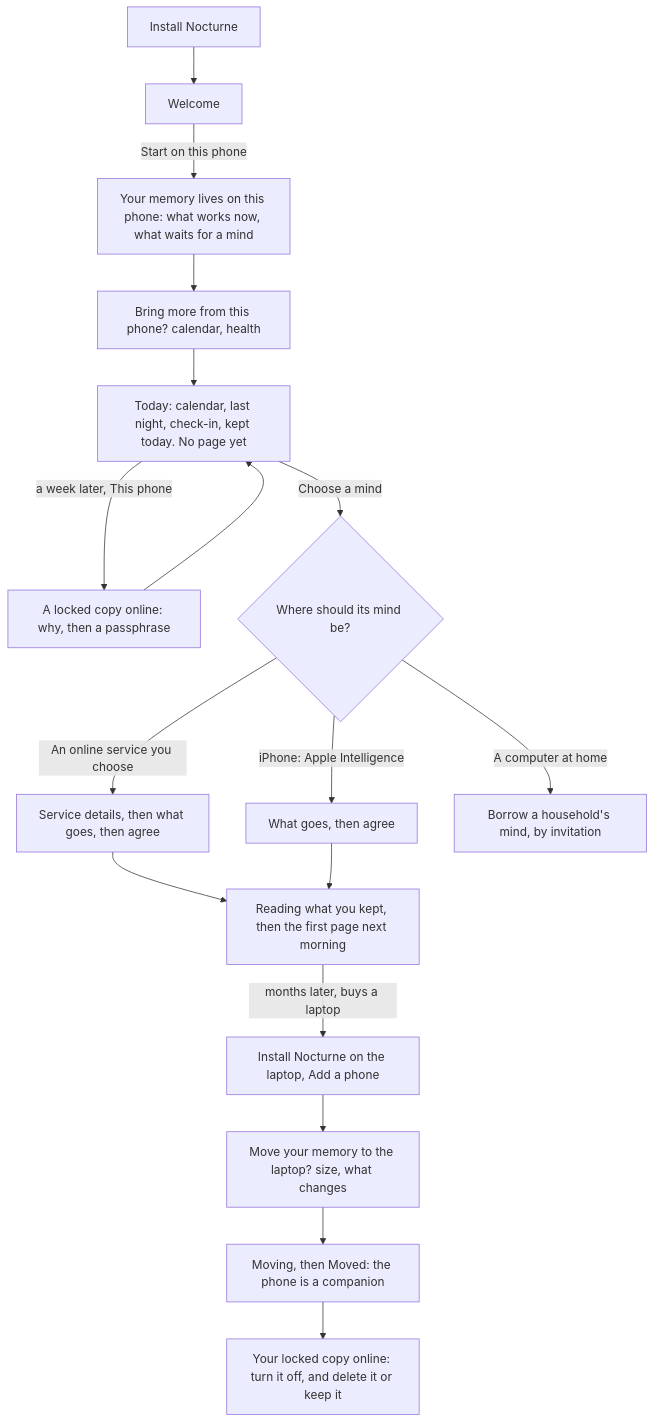
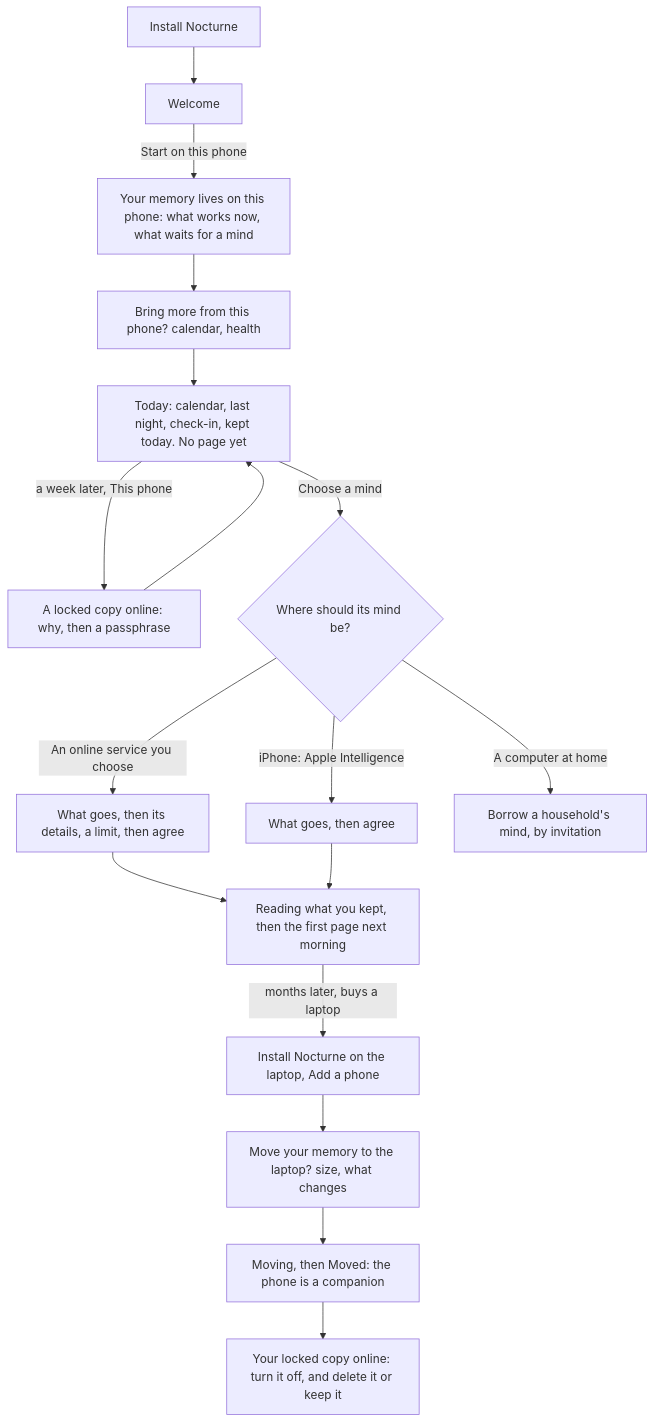
One commit to agync/nocturne changed the second of 5 diagrams in docs/design/phone-parity.md. Above: the diagram before and after it, drawn with Mermaid. The commit also changed other lines of this file and 8 other files, not shown here.

````diff
--- a/docs/design/phone-parity.md
+++ b/docs/design/phone-parity.md
@@ -132,19 +132,19 @@
 ```mermaid
 flowchart TD
     I[Install Nocturne] --> W[Welcome]
     W -->|Start on this phone| ST[Your memory lives on this phone: what works now, what waits for a mind]
     ST --> OF[Bring more from this phone? calendar, health]
     OF --> T1[Today: calendar, last night, check-in, kept today. No page yet]
     T1 -->|a week later, This phone| CP[A locked copy online: why, then a passphrase]
     CP --> T1
     T1 -->|Choose a mind| CM{Where should its mind be?}
-    CM -->|An online service you choose| SV[Service details, then what goes, then agree]
+    CM -->|An online service you choose| SV[What goes, then its details, a limit, then agree]
     CM -->|iPhone: Apple Intelligence| AP[What goes, then agree]
     CM -->|A computer at home| HH[Borrow a household's mind, by invitation]
     SV --> FP[Reading what you kept, then the first page next morning]
     AP --> FP
     FP -->|months later, buys a laptop| D[Install Nocturne on the laptop, Add a phone]
     D --> MV[Move your memory to the laptop? size, what changes]
     MV --> MO[Moving, then Moved: the phone is a companion]
     MO --> CO[Your locked copy online: turn it off, and delete it or keep it]
 ```
````
